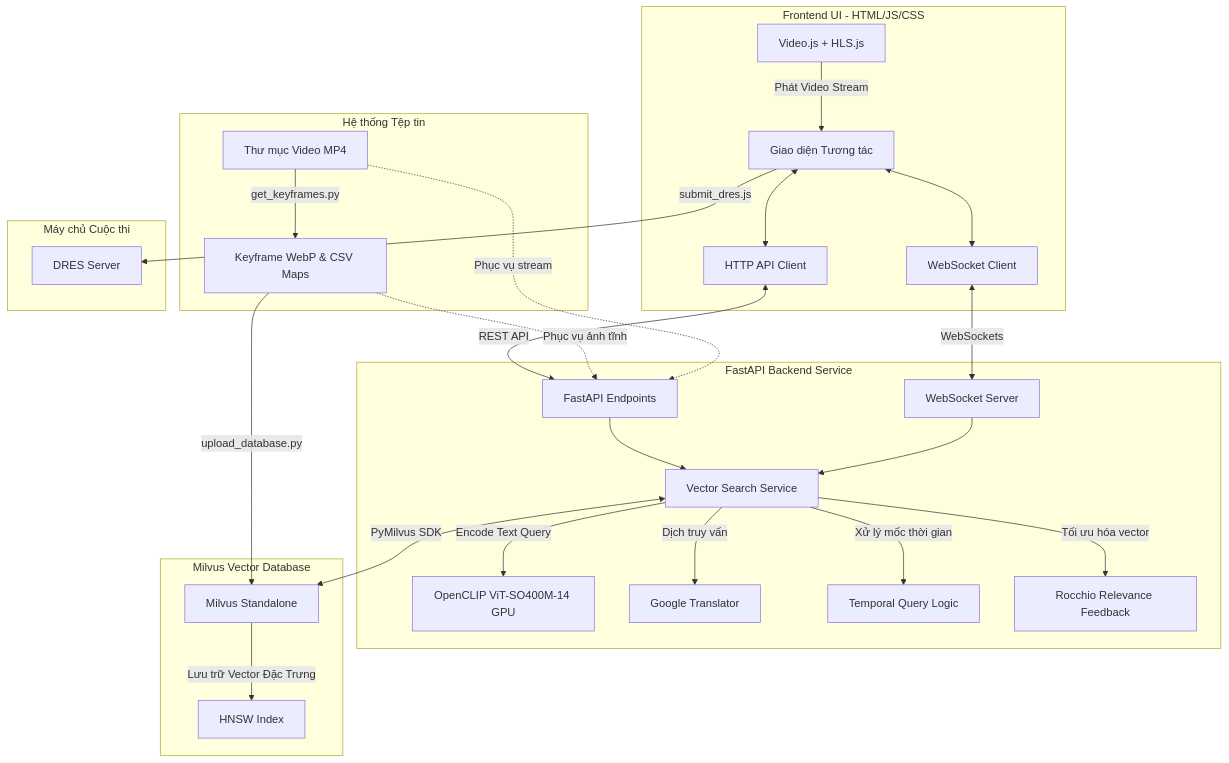
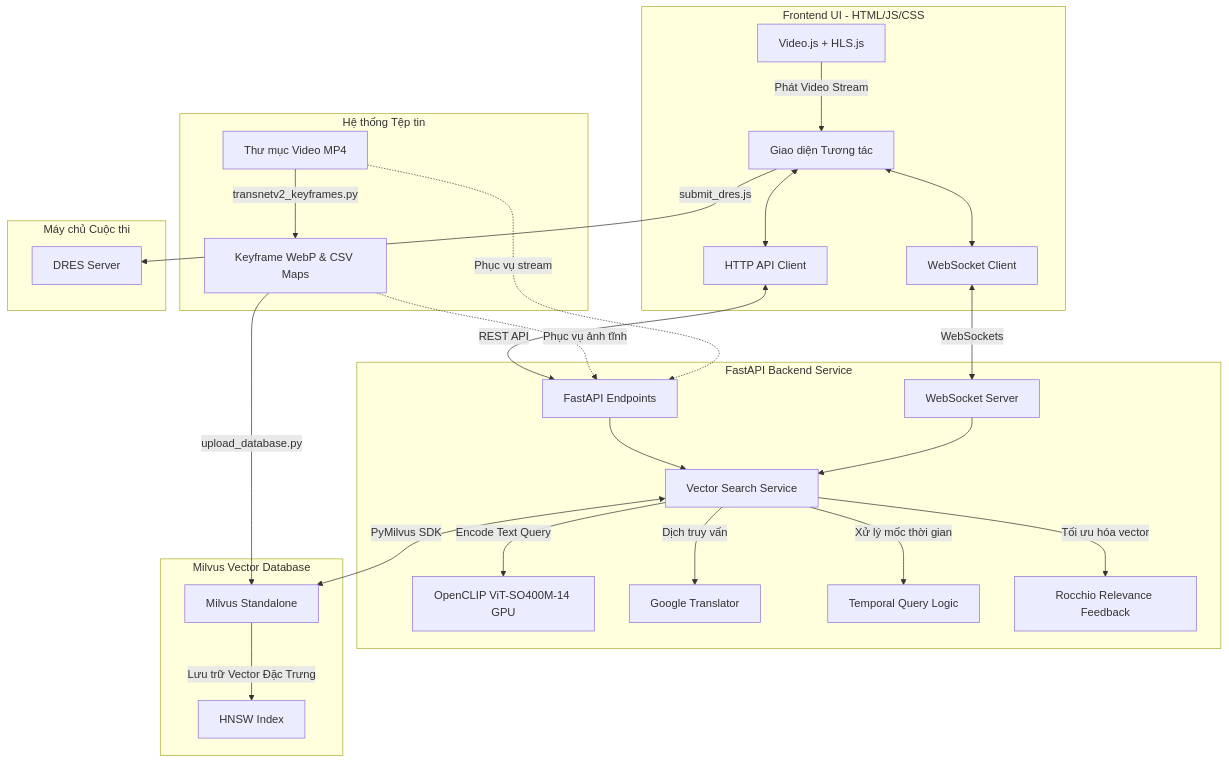
The diagram in README.md (nblong07/code-c-a-Long), drawn with Mermaid before and after one commit. The commit also changed other lines of this file and 21 other files, not shown here.

````diff
--- a/README.md
+++ b/README.md
@@ -20,34 +20,34 @@
 ```mermaid
 graph TD
     subgraph Client [Frontend UI - HTML/JS/CSS]
         UI[Giao diện Tương tác] <--> WS_Client[WebSocket Client]
         UI <--> HTTP_Client[HTTP API Client]
         VJS[Video.js + HLS.js] -->|Phát Video Stream| UI
     end
 
     subgraph Backend [FastAPI Backend Service]
         HTTP_Client <-->|REST API| REST[FastAPI Endpoints]
         WS_Client <-->|WebSockets| WS_Server[WebSocket Server]
         REST & WS_Server --> VSS[Vector Search Service]
         VSS -->|Encode Text Query| CLIP[OpenCLIP ViT-SO400M-14 GPU]
         VSS -->|Dịch truy vấn| Trans[Google Translator]
         VSS -->|Xử lý mốc thời gian| Temp[Temporal Query Logic]
         VSS -->|Tối ưu hóa vector| Rocchio[Rocchio Relevance Feedback]
     end
 
     subgraph Database [Milvus Vector Database]
         VSS <-->|PyMilvus SDK| Milvus[Milvus Standalone]
         Milvus -->|Lưu trữ Vector Đặc Trưng| HNSW[HNSW Index]
     end
 
     subgraph Data_Files [Hệ thống Tệp tin]
-        Video[Thư mục Video MP4] -->|get_keyframes.py| Keyframes[Keyframe WebP & CSV Maps]
+        Video[Thư mục Video MP4] -->|transnetv2_keyframes.py| Keyframes[Keyframe WebP & CSV Maps]
         Keyframes -->|upload_database.py| Milvus
         Keyframes -.->|Phục vụ ảnh tĩnh| REST
         Video -.->|Phục vụ stream| REST
     end
 
     subgraph Contest_Server [Máy chủ Cuộc thi]
         UI -->|submit_dres.js| DRES[DRES Server]
     end
 ```
````
